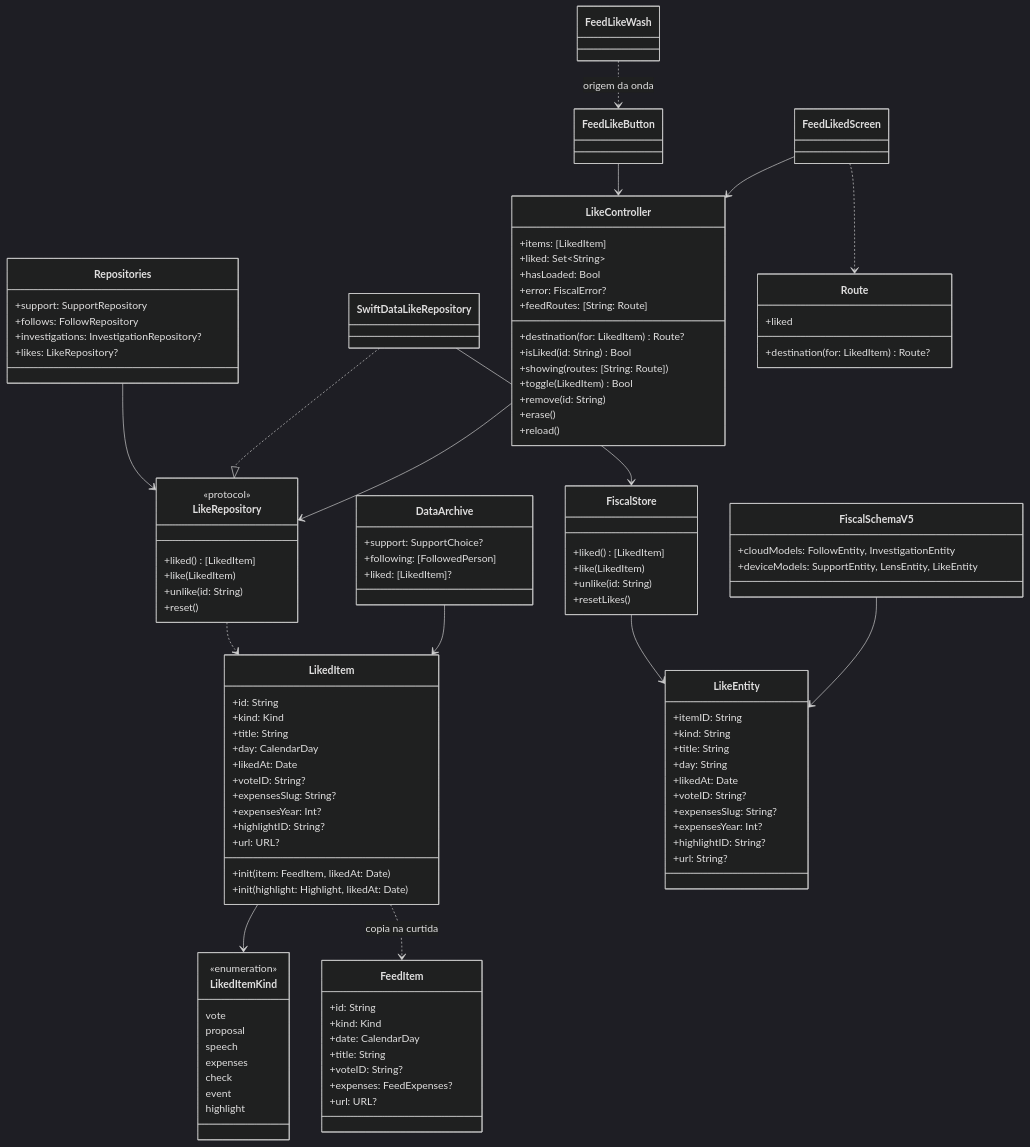
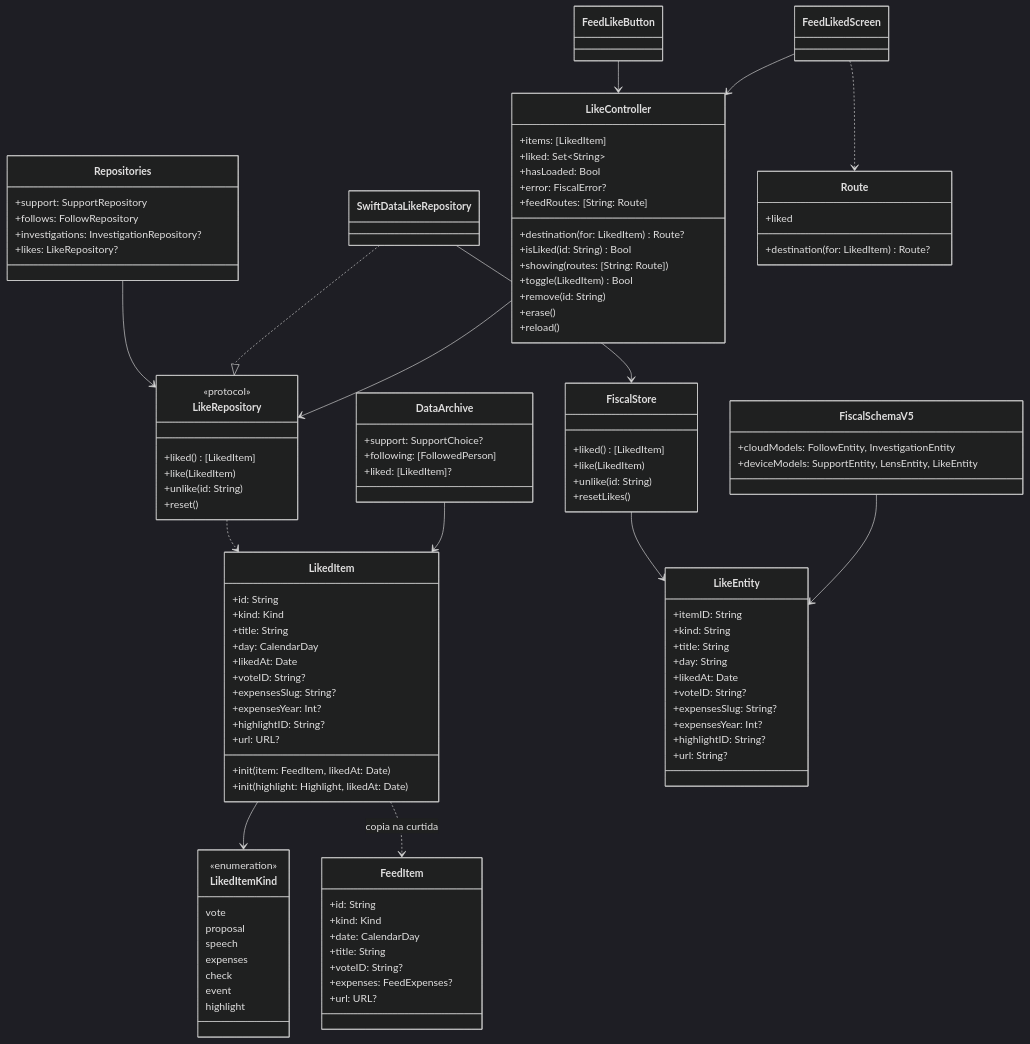
The diagram in spdd/prompt/FSC-024-202611061418-[Feat]-feed-like-with-ripple.md (byescaleira/fiscal), drawn with Mermaid (dark theme) before and after one commit. The commit also changed other lines of this file and 9 other files, not shown here.

````diff
--- a/spdd/prompt/FSC-024-202611061418-[Feat]-feed-like-with-ripple.md
+++ b/spdd/prompt/FSC-024-202611061418-[Feat]-feed-like-with-ripple.md
@@ -164,7 +163,6 @@
         +destination(for: LikedItem) Route?
     }
     class FeedLikeButton
-    class FeedLikeWash
     class FeedLikedScreen
     LikedItem --> LikedItemKind
     LikedItem ..> FeedItem : copia na curtida
@@ -177,7 +175,6 @@
     LikeController --> LikeRepository
     DataArchive --> LikedItem
     FeedLikeButton --> LikeController
-    FeedLikeWash ..> FeedLikeButton : origem da onda
     FeedLikedScreen --> LikeController
     FeedLikedScreen ..> Route
 ```
````
